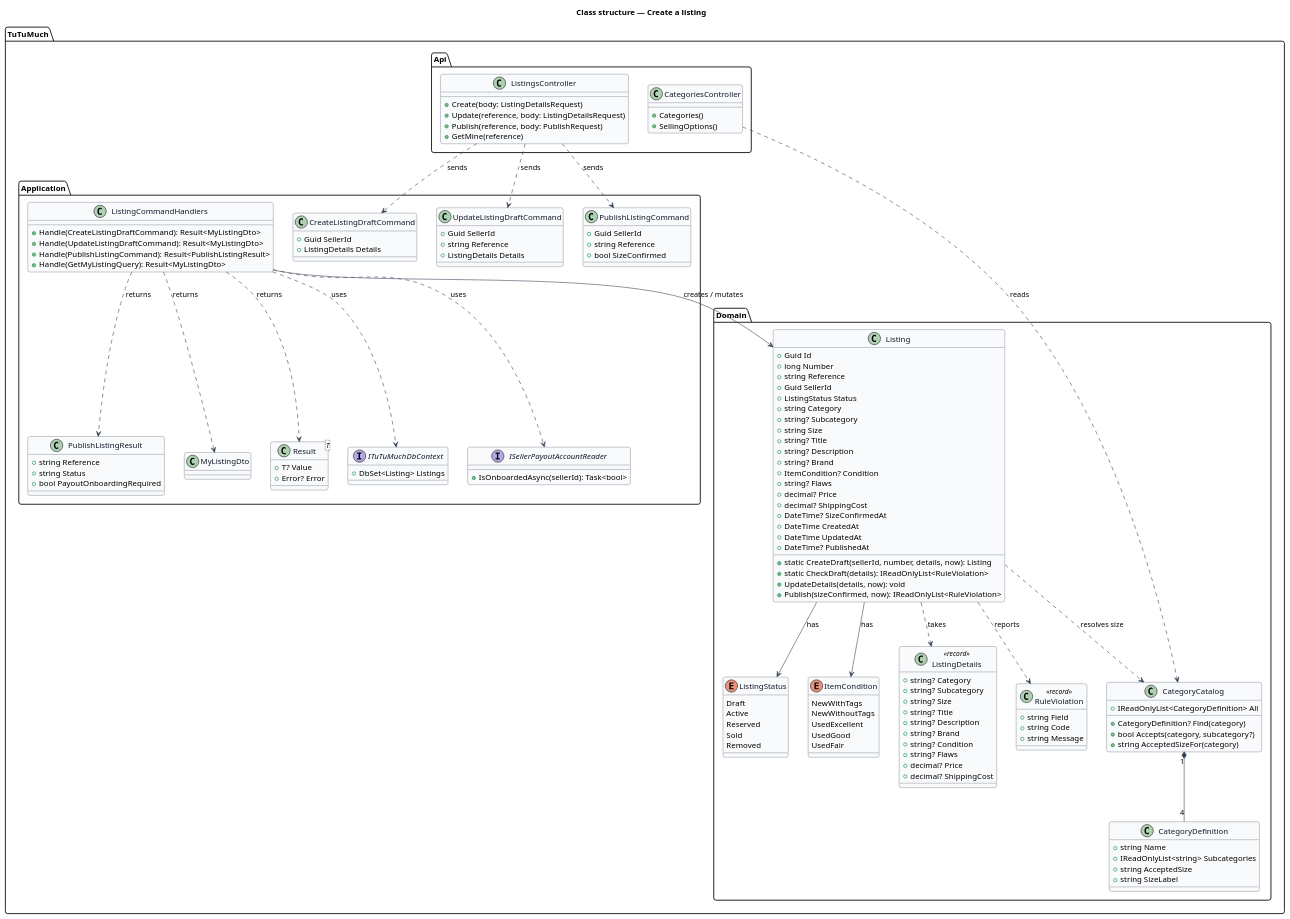
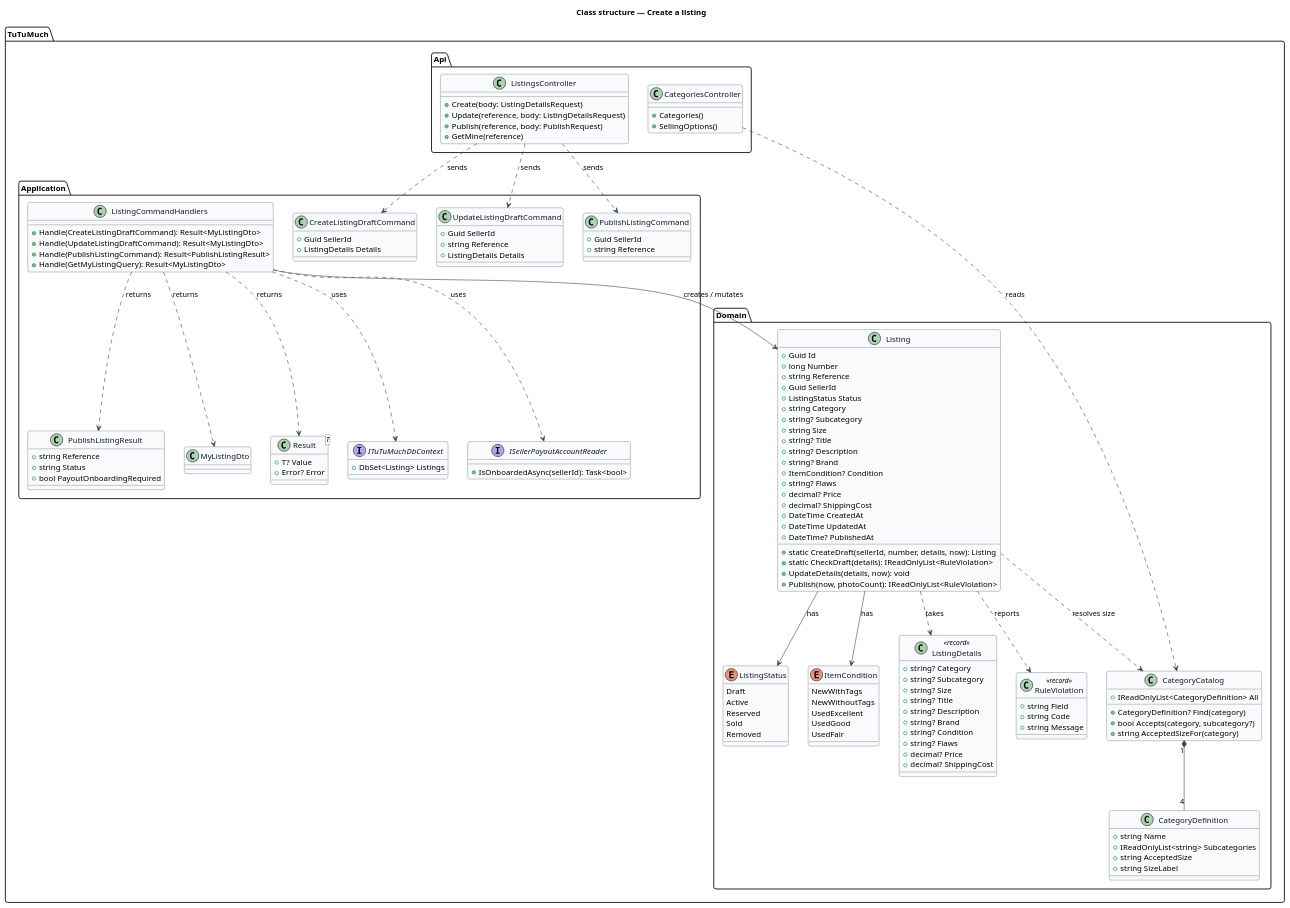
One commit to QuinntyneBrown/tutumuch changed the diagram in docs/detailed-designs/listings/create-listing/diagrams/class-structure.puml. Above: the diagram before and after it, drawn with PlantUML. The commit also changed 123 other files, not shown here.

```diff
--- a/docs/detailed-designs/listings/create-listing/diagrams/class-structure.puml
+++ b/docs/detailed-designs/listings/create-listing/diagrams/class-structure.puml
@@ -1,153 +1,151 @@
 @startuml
 skinparam backgroundColor #FFFFFF
 skinparam shadowing false
 skinparam roundcorner 8
 skinparam defaultFontName Arial
 skinparam ArrowColor #344054
 skinparam class {
   BorderColor #344054
   FontColor #101828
   BackgroundColor #F9FAFB
 }
 title Class structure — Create a listing
 
 package "TuTuMuch.Domain" {
   enum ListingStatus {
     Draft
     Active
     Reserved
     Sold
     Removed
   }
   enum ItemCondition {
     NewWithTags
     NewWithoutTags
     UsedExcellent
     UsedGood
     UsedFair
   }
   class CategoryCatalog {
     +IReadOnlyList<CategoryDefinition> All
     +CategoryDefinition? Find(category)
     +bool Accepts(category, subcategory?)
     +string AcceptedSizeFor(category)
   }
   class CategoryDefinition {
     +string Name
     +IReadOnlyList<string> Subcategories
     +string AcceptedSize
     +string SizeLabel
   }
   class ListingDetails <<record>> {
     +string? Category
     +string? Subcategory
     +string? Size
     +string? Title
     +string? Description
     +string? Brand
     +string? Condition
     +string? Flaws
     +decimal? Price
     +decimal? ShippingCost
   }
   class RuleViolation <<record>> {
     +string Field
     +string Code
     +string Message
   }
   class Listing {
     +Guid Id
     +long Number
     +string Reference
     +Guid SellerId
     +ListingStatus Status
     +string Category
     +string? Subcategory
     +string Size
     +string? Title
     +string? Description
     +string? Brand
     +ItemCondition? Condition
     +string? Flaws
     +decimal? Price
     +decimal? ShippingCost
-    +DateTime? SizeConfirmedAt
     +DateTime CreatedAt
     +DateTime UpdatedAt
     +DateTime? PublishedAt
     +static CreateDraft(sellerId, number, details, now): Listing
     +static CheckDraft(details): IReadOnlyList<RuleViolation>
     +UpdateDetails(details, now): void
-    +Publish(sizeConfirmed, now): IReadOnlyList<RuleViolation>
+    +Publish(now, photoCount): IReadOnlyList<RuleViolation>
   }
 }
 
 package "TuTuMuch.Application" {
   class CreateListingDraftCommand {
     +Guid SellerId
     +ListingDetails Details
   }
   class UpdateListingDraftCommand {
     +Guid SellerId
     +string Reference
     +ListingDetails Details
   }
   class PublishListingCommand {
     +Guid SellerId
     +string Reference
-    +bool SizeConfirmed
   }
   class PublishListingResult {
     +string Reference
     +string Status
     +bool PayoutOnboardingRequired
   }
   class MyListingDto
   class ListingCommandHandlers {
     +Handle(CreateListingDraftCommand): Result<MyListingDto>
     +Handle(UpdateListingDraftCommand): Result<MyListingDto>
     +Handle(PublishListingCommand): Result<PublishListingResult>
     +Handle(GetMyListingQuery): Result<MyListingDto>
   }
   class "Result<T>" as Result {
     +T? Value
     +Error? Error
   }
   interface ITuTuMuchDbContext {
     +DbSet<Listing> Listings
   }
   interface ISellerPayoutAccountReader {
     +IsOnboardedAsync(sellerId): Task<bool>
   }
 }
 
 package "TuTuMuch.Api" {
   class ListingsController {
     +Create(body: ListingDetailsRequest)
     +Update(reference, body: ListingDetailsRequest)
     +Publish(reference, body: PublishRequest)
     +GetMine(reference)
   }
   class CategoriesController {
     +Categories()
     +SellingOptions()
   }
 }
 
 ListingsController ..> CreateListingDraftCommand : sends
 ListingsController ..> UpdateListingDraftCommand : sends
 ListingsController ..> PublishListingCommand : sends
 CategoriesController ..> CategoryCatalog : reads
 ListingCommandHandlers ..> Result : returns
 ListingCommandHandlers ..> PublishListingResult : returns
 ListingCommandHandlers ..> MyListingDto : returns
 ListingCommandHandlers --> Listing : creates / mutates
 ListingCommandHandlers ..> ITuTuMuchDbContext : uses
 ListingCommandHandlers ..> ISellerPayoutAccountReader : uses
 Listing ..> ListingDetails : takes
 Listing ..> RuleViolation : reports
 Listing ..> CategoryCatalog : resolves size
 Listing --> ListingStatus : has
 Listing --> ItemCondition : has
 CategoryCatalog "1" *-- "4" CategoryDefinition
 @enduml
```
